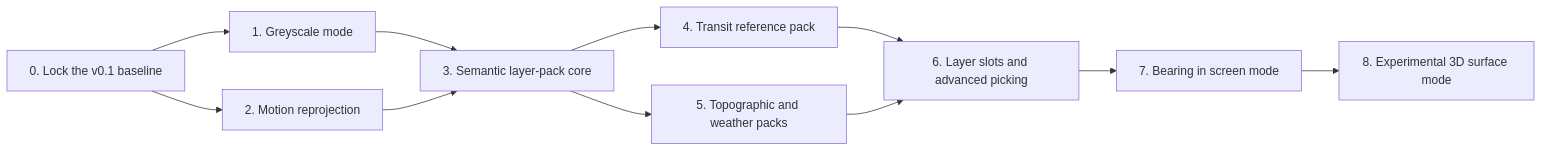
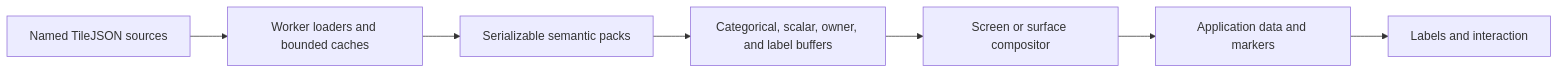
The diagram in NEXT_STEPS.md (niko-dellic/bad-map), drawn with Mermaid before and after one commit. The commit also changed other lines of this file and 33 other files, not shown here.

First line of the commit message:
Release v0.7.0: packs, sources, 3D surface mode

````diff
--- a/NEXT_STEPS.md
+++ b/NEXT_STEPS.md
@@ -14,13 +29,9 @@
 ```mermaid
 flowchart LR
-  A["0. Lock the v0.1 baseline"] --> B["1. Greyscale mode"]
-  A --> C["2. Motion reprojection"]
-  B --> D["3. Semantic layer-pack core"]
-  C --> D
-  D --> E["4. Transit reference pack"]
-  D --> F["5. Topographic and weather packs"]
-  E --> G["6. Layer slots and advanced picking"]
-  F --> G
-  G --> H["7. Bearing in screen mode"]
-  H --> I["8. Experimental 3D surface mode"]
+  S["Named TileJSON sources"] --> W["Worker loaders and bounded caches"]
+  W --> P["Serializable semantic packs"]
+  P --> C["Categorical, scalar, owner, and label buffers"]
+  C --> B["Screen or surface compositor"]
+  B --> D["Application data and markers"]
+  D --> L["Labels and interaction"]
 ```
````
